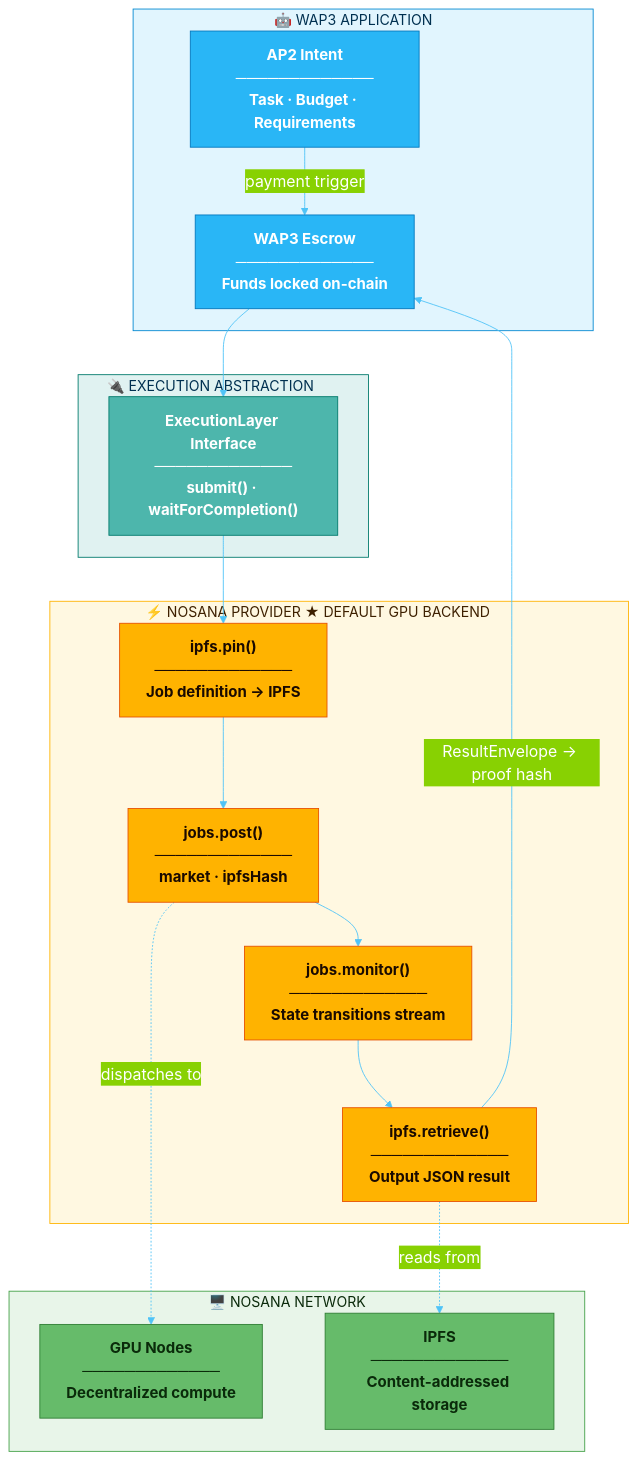
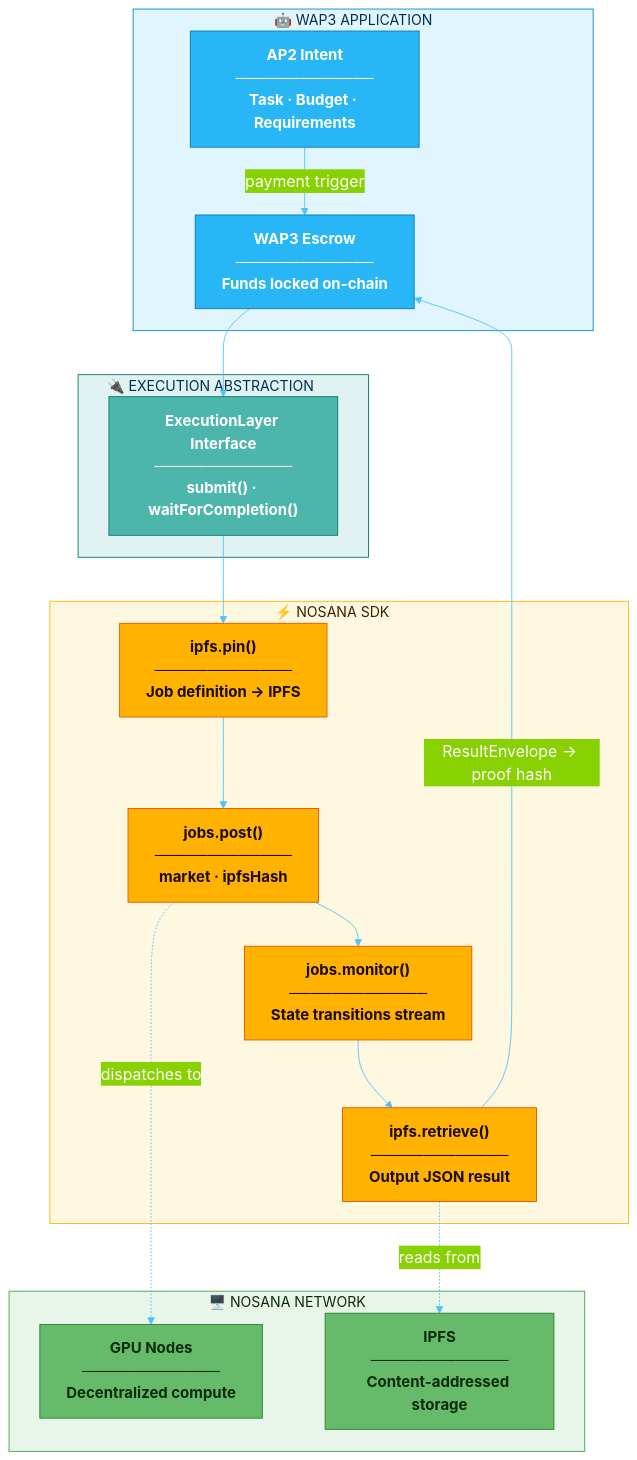
Before and after one commit to nelsonjingusc/wap3-agent-payment-poc: the second of 3 diagrams in docs/NOSANA_INTEGRATION.md, drawn with Mermaid.

Commit message:
update diagram

````diff
--- a/docs/NOSANA_INTEGRATION.md
+++ b/docs/NOSANA_INTEGRATION.md
@@ -77,56 +77,56 @@
 ```mermaid
 %%{init: {
   "theme": "base",
   "themeVariables": {
     "primaryColor": "#0288D1",
     "primaryTextColor": "#FFFFFF",
     "primaryBorderColor": "#01579B",
     "lineColor": "#4FC3F7",
     "fontFamily": "Inter, system-ui, sans-serif",
     "fontSize": "18px"
   }
 }}%%
 flowchart TB
     subgraph APP["🤖  WAP3 APPLICATION"]
         A1["AP2 Intent<br/>─────────────<br/>Task · Budget · Requirements"]
         A2["WAP3 Escrow<br/>─────────────<br/>Funds locked on-chain"]
         A1 -->|"payment trigger"| A2
     end
 
     subgraph EXEC["🔌  EXECUTION ABSTRACTION"]
         I["ExecutionLayer Interface<br/>─────────────<br/>submit() · waitForCompletion()"]
     end
 
-    subgraph NOS["⚡  NOSANA PROVIDER  ★ DEFAULT GPU BACKEND"]
+    subgraph NOS["⚡ NOSANA SDK"]
         N1["ipfs.pin()<br/>─────────────<br/>Job definition → IPFS"]
         N2["jobs.post()<br/>─────────────<br/>market · ipfsHash"]
         N3["jobs.monitor()<br/>─────────────<br/>State transitions stream"]
         N4["ipfs.retrieve()<br/>─────────────<br/>Output JSON result"]
         N1 --> N2 --> N3 --> N4
     end
 
     subgraph NET["🖥️  NOSANA NETWORK"]
         G["GPU Nodes<br/>─────────────<br/>Decentralized compute"]
         H["IPFS<br/>─────────────<br/>Content-addressed storage"]
     end
 
     A2 --> I --> N1
     N4 -->|"ResultEnvelope → proof hash"| A2
     N2 -.->|"dispatches to"| G
     N4 -.->|"reads from"| H
 
     classDef appNode fill:#29B6F6,stroke:#0277BD,color:#FFFFFF,font-size:17px,font-weight:bold
     classDef ifaceNode fill:#4DB6AC,stroke:#00796B,color:#FFFFFF,font-size:17px,font-weight:bold
     classDef nosNode fill:#FFB300,stroke:#E65100,color:#1A0A00,font-size:17px,font-weight:bold
     classDef netNode fill:#66BB6A,stroke:#2E7D32,color:#0A2A0A,font-size:17px,font-weight:bold
 
     class A1,A2 appNode
     class I ifaceNode
     class N1,N2,N3,N4 nosNode
     class G,H netNode
 
     style APP fill:#E1F5FE,stroke:#0288D1,color:#003050,font-size:16px
     style EXEC fill:#E0F2F1,stroke:#00796B,color:#003050,font-size:16px
     style NOS fill:#FFF8E1,stroke:#FFB300,color:#3E2000,font-size:16px
     style NET fill:#E8F5E9,stroke:#43A047,color:#0A2A0A,font-size:16px
 ```
````
